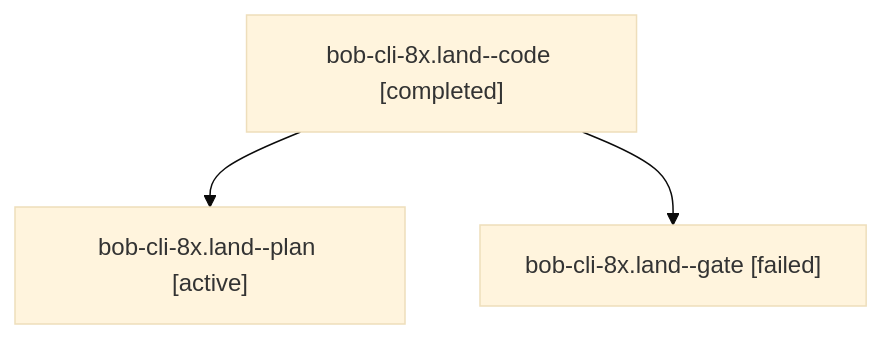
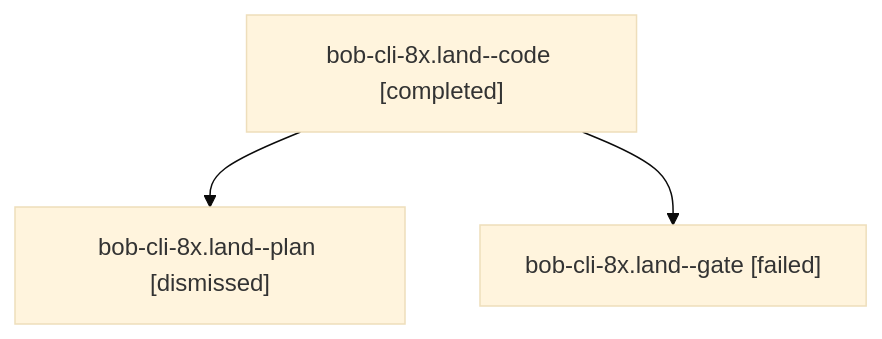
One commit to bobs-org/bob-cli--agents changed the diagram in sessions/bbugyi200.athena.bob-cli-8x.land.md. Above: the diagram before and after it, drawn with Mermaid (base theme). The commit also changed other lines of this file and 243 other files, not shown here.

````diff
--- a/sessions/bbugyi200.athena.bob-cli-8x.land.md
+++ b/sessions/bbugyi200.athena.bob-cli-8x.land.md
@@ -9,8 +9,8 @@
 ```mermaid
 flowchart TD
   n0["bob-cli-8x.land--code [completed]"]
-  n1["bob-cli-8x.land--plan [active]"]
+  n1["bob-cli-8x.land--plan [dismissed]"]
   n0 --> n1
   n2["bob-cli-8x.land--gate [failed]"]
   n0 --> n2
 ```
````
